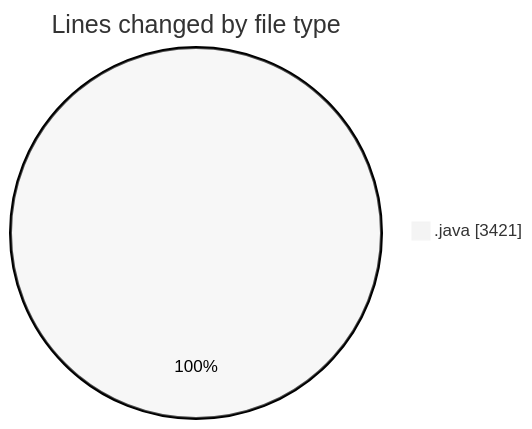
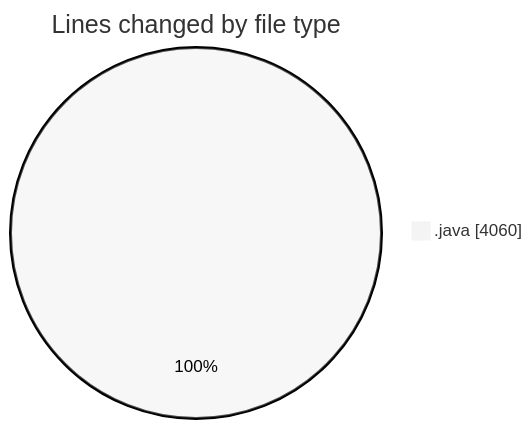
Before and after one commit to Elitesun/code-tracking: the first of 2 diagrams in 2025-02-21/projet/README.md, drawn with Mermaid (neutral theme). The commit also changed other lines of this file and 1 other file, not shown here.

````diff
--- a/2025-02-21/projet/README.md
+++ b/2025-02-21/projet/README.md
@@ -34,5 +34,5 @@
 ```mermaid
 pie showData
 title Lines changed by file type
-".java" : 3421
+".java" : 4060
 ```
````
